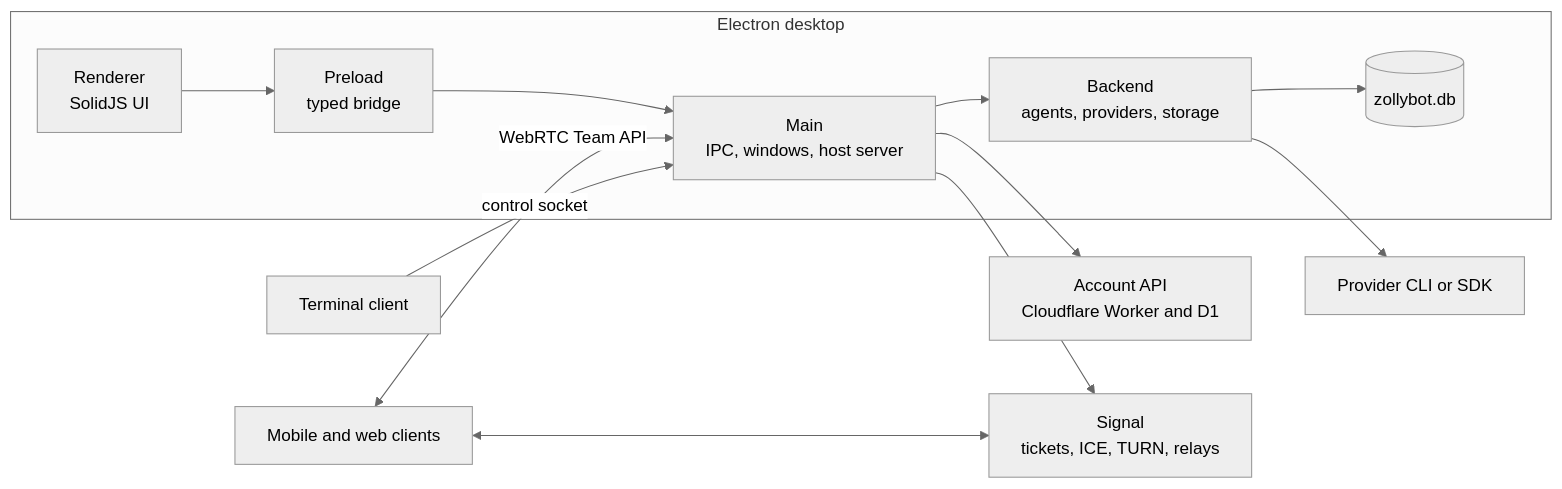
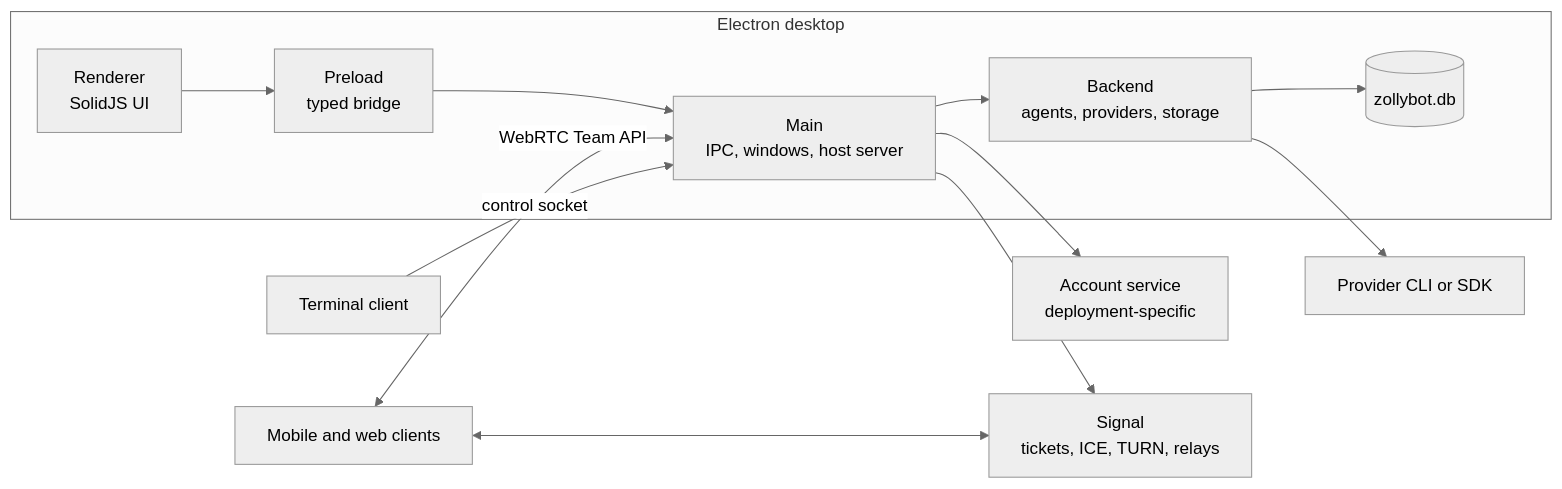
One commit to khanshifaul/zollybot changed the diagram in docs/onboarding/architecture.md. Above: the diagram before and after it, drawn with Mermaid (neutral theme). The commit also changed other lines of this file and 159 other files, not shown here.

Commit message:
feat: 2-row top bar, rail/page wiring, GitHub-only release flow

````diff
--- a/docs/onboarding/architecture.md
+++ b/docs/onboarding/architecture.md
@@ -9,19 +9,19 @@
 ```mermaid
 flowchart LR
   subgraph Desktop[Electron desktop]
     R[Renderer<br/>SolidJS UI]
     P[Preload<br/>typed bridge]
     M[Main<br/>IPC, windows, host server]
     B[Backend<br/>agents, providers, storage]
     D[(zollybot.db)]
   end
 
   R --> P --> M --> B
   B --> D
   B --> C[Provider CLI or SDK]
-  M --> A[Account API<br/>Cloudflare Worker and D1]
+  M --> A[Account service<br/>deployment-specific]
   M --> S[Signal<br/>tickets, ICE, TURN, relays]
   W[Mobile and web clients] <--> S
   W <-->|WebRTC Team API| M
   T[Terminal client] -->|control socket| M
 ```
````
